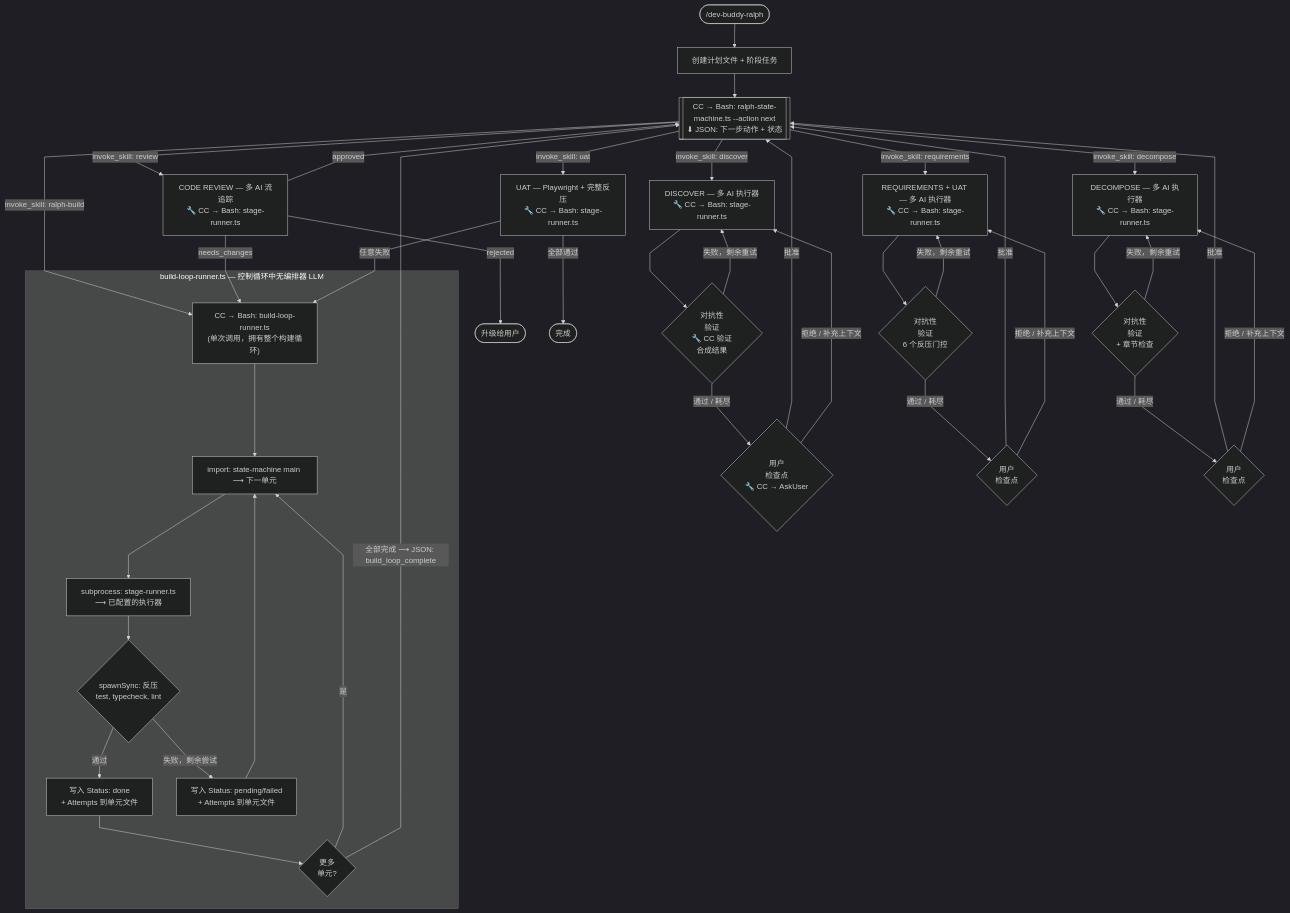
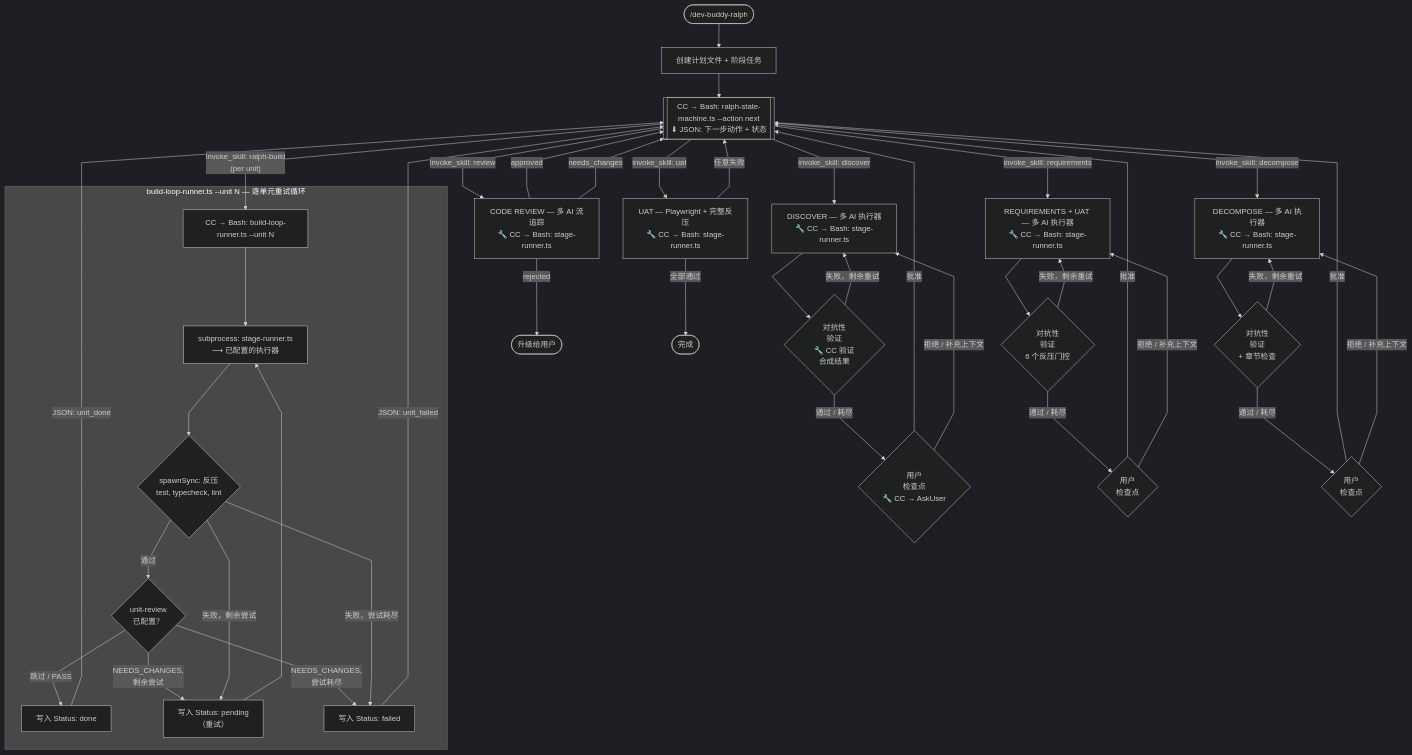
The first of 2 diagrams in plugins/dev-buddy/README.zh.md (Z-M-Huang/vcp), drawn with Mermaid (dark theme) before and after one commit. The commit also changed other lines of this file and 20 other files, not shown here.

First line of the commit message:
Dev Buddy v0.5.4: Unit-review stage, code cleanup, enriched debug logs

````diff
--- a/plugins/dev-buddy/README.zh.md
+++ b/plugins/dev-buddy/README.zh.md
@@ -27,70 +27,72 @@
 ```mermaid
 ---
 config:
   flowchart:
     curve: linear
 ---
 flowchart TD
     START(["/dev-buddy-ralph"]) --> INIT["创建计划文件 + 阶段任务"]
     INIT --> Q1
 
     Q1[["CC → Bash: ralph-state-machine.ts --action next<br/>⬇ JSON: 下一步动作 + 状态"]]
 
     Q1 -->|"invoke_skill: discover"| D
     D["DISCOVER — 多 AI 执行器<br/>🔧 CC → Bash: stage-runner.ts"]
     D --> D_VAL{"对抗性<br/>验证<br/>🔧 CC 验证<br/>合成结果"}
     D_VAL -->|失败，剩余重试| D
     D_VAL -->|通过 / 耗尽| D_UC{"用户<br/>检查点<br/>🔧 CC → AskUser"}
     D_UC -->|批准| Q1
     D_UC -->|拒绝 / 补充上下文| D
 
     Q1 -->|"invoke_skill: requirements"| R
     R["REQUIREMENTS + UAT — 多 AI 执行器<br/>🔧 CC → Bash: stage-runner.ts"]
     R --> R_VAL{"对抗性<br/>验证<br/>6 个反压门控"}
     R_VAL -->|失败，剩余重试| R
     R_VAL -->|通过 / 耗尽| R_UC{"用户<br/>检查点"}
     R_UC -->|批准| Q1
     R_UC -->|拒绝 / 补充上下文| R
 
     Q1 -->|"invoke_skill: decompose"| DC
     DC["DECOMPOSE — 多 AI 执行器<br/>🔧 CC → Bash: stage-runner.ts"]
     DC --> DC_VAL{"对抗性<br/>验证<br/>+ 章节检查"}
     DC_VAL -->|失败，剩余重试| DC
     DC_VAL -->|通过 / 耗尽| DC_UC{"用户<br/>检查点"}
     DC_UC -->|批准| Q1
     DC_UC -->|拒绝 / 补充上下文| DC
 
-    Q1 -->|"invoke_skill: ralph-build"| BUILD_ENTRY
+    Q1 -->|"invoke_skill: ralph-build<br/>(per unit)"| BUILD_ENTRY
 
-    subgraph BUILD_MECHANICAL["build-loop-runner.ts — 控制循环中无编排器 LLM"]
-        BUILD_ENTRY["CC → Bash: build-loop-runner.ts<br/>(单次调用，拥有整个构建循环)"]
-        B_SM["import: state-machine main ⟶ 下一单元"]
+    subgraph BUILD_MECHANICAL["build-loop-runner.ts --unit N — 逐单元重试循环"]
+        BUILD_ENTRY["CC → Bash: build-loop-runner.ts --unit N"]
         B_DISPATCH["subprocess: stage-runner.ts<br/>⟶ 已配置的执行器"]
         B_BP{"spawnSync: 反压<br/>test, typecheck, lint"}
-        B_WRITE_PASS["写入 Status: done<br/>+ Attempts 到单元文件"]
-        B_WRITE_FAIL["写入 Status: pending/failed<br/>+ Attempts 到单元文件"]
-        B_MORE{"更多<br/>单元?"}
+        B_REVIEW{"unit-review<br/>已配置？"}
+        B_WRITE_PASS["写入 Status: done"]
+        B_RETRY["写入 Status: pending<br/>（重试）"]
+        B_FAILED["写入 Status: failed"]
 
-        BUILD_ENTRY --> B_SM
-        B_SM --> B_DISPATCH
+        BUILD_ENTRY --> B_DISPATCH
         B_DISPATCH --> B_BP
-        B_BP -->|失败，剩余尝试| B_WRITE_FAIL
-        B_WRITE_FAIL --> B_SM
-        B_BP -->|通过| B_WRITE_PASS
-        B_WRITE_PASS --> B_MORE
-        B_MORE -->|是| B_SM
+        B_BP -->|通过| B_REVIEW
+        B_REVIEW -->|"跳过 / PASS"| B_WRITE_PASS
+        B_REVIEW -->|"NEEDS_CHANGES,<br/>剩余尝试"| B_RETRY
+        B_REVIEW -->|"NEEDS_CHANGES,<br/>尝试耗尽"| B_FAILED
+        B_BP -->|失败，剩余尝试| B_RETRY
+        B_RETRY --> B_DISPATCH
+        B_BP -->|失败，尝试耗尽| B_FAILED
     end
 
-    B_MORE -->|"全部完成 ⟶ JSON: build_loop_complete"| Q1
+    B_WRITE_PASS -->|"JSON: unit_done"| Q1
+    B_FAILED -->|"JSON: unit_failed"| Q1
 
     Q1 -->|"invoke_skill: review"| CR
     CR["CODE REVIEW — 多 AI 流追踪<br/>🔧 CC → Bash: stage-runner.ts"]
     CR -->|approved| Q1
-    CR -->|needs_changes| BUILD_ENTRY
+    CR -->|needs_changes| Q1
     CR -->|rejected| STOP([升级给用户])
 
     Q1 -->|"invoke_skill: uat"| UAT
     UAT["UAT — Playwright + 完整反压<br/>🔧 CC → Bash: stage-runner.ts"]
     UAT -->|全部通过| DONE([完成])
-    UAT -->|任意失败| BUILD_ENTRY
+    UAT -->|任意失败| Q1
 ```
````
